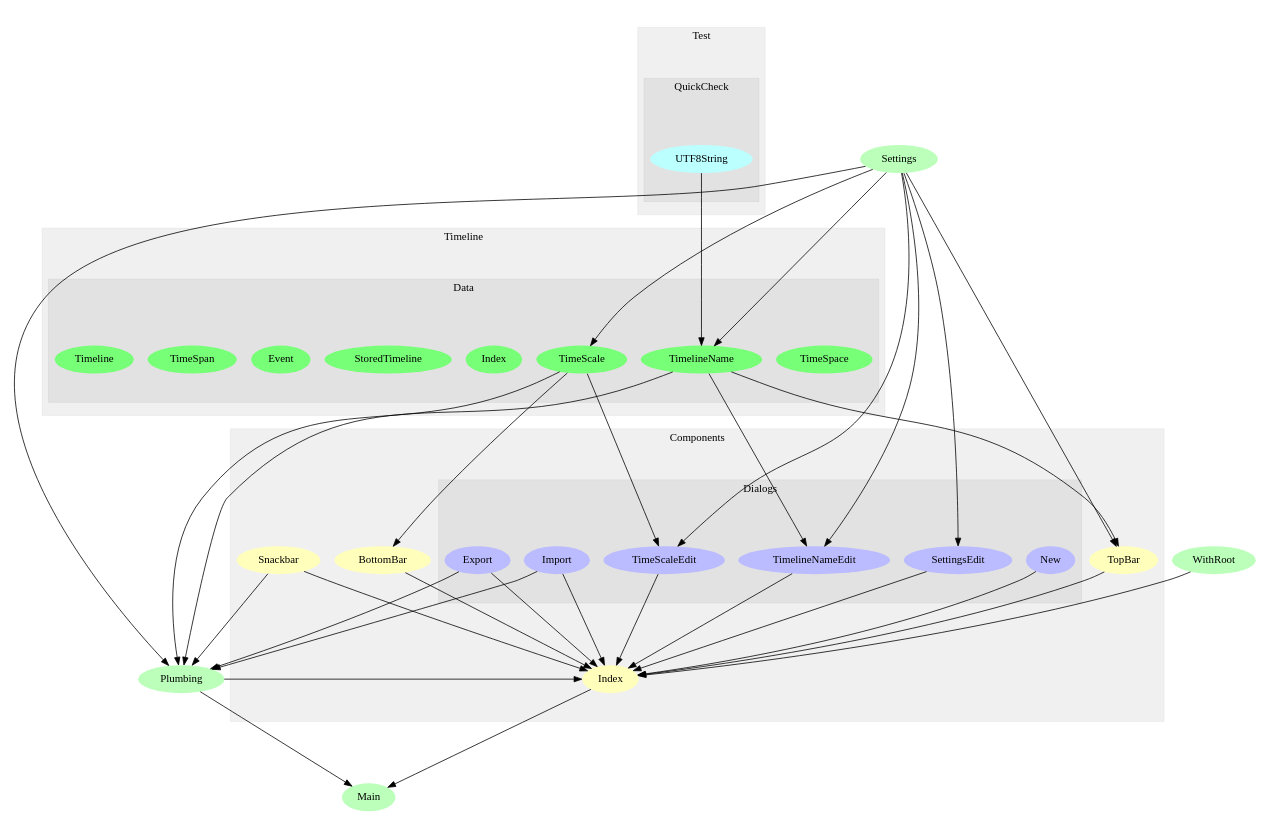
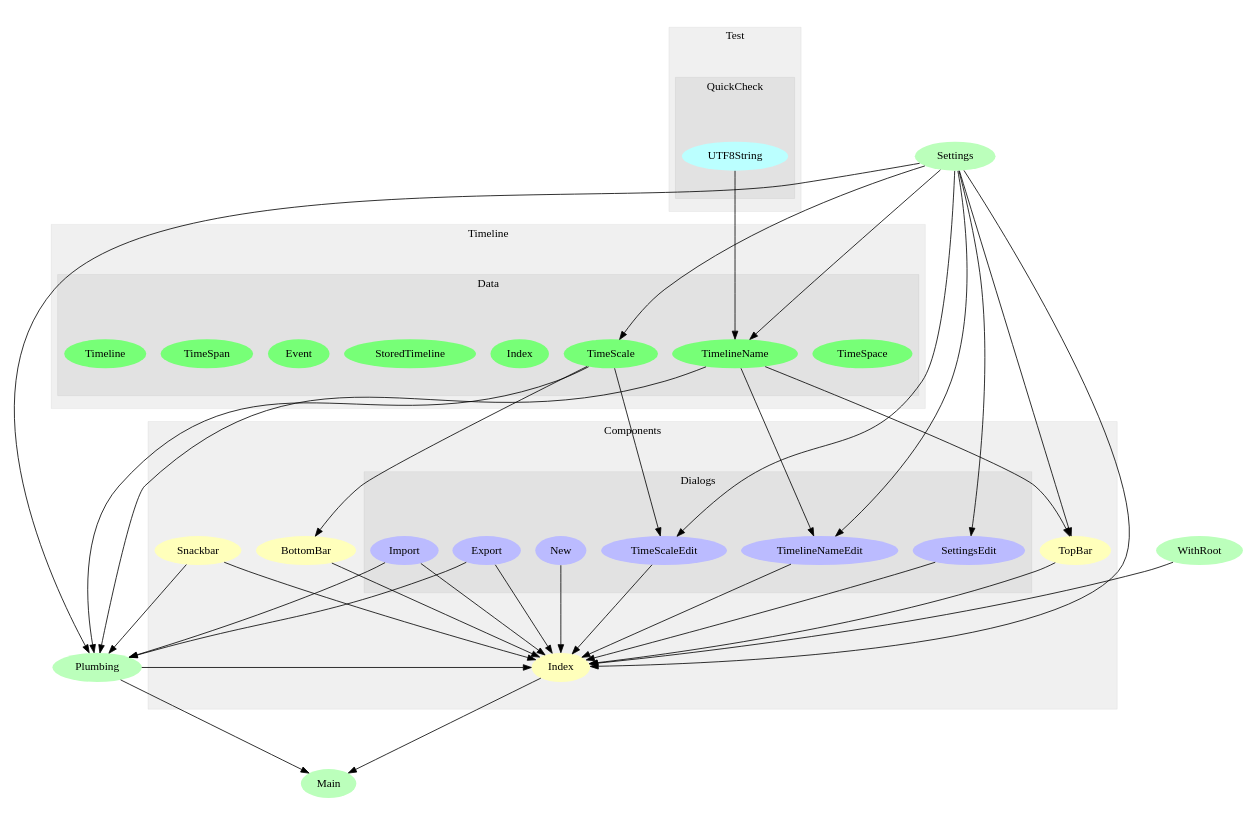
The diagram in modules.dot (openchronology/openchronology.github.io), drawn with Graphviz before and after one commit. The commit also changed 7 other files, not shown here.

```diff
--- a/modules.dot
+++ b/modules.dot
@@ -1,94 +1,95 @@
 digraph Modules {
 size="12,8";
 ratio="fill";
 u10[label="Settings",style="filled",fillcolor="#bbffbb",penwidth="0"];
 u11[label="Plumbing",style="filled",fillcolor="#bbffbb",penwidth="0"];
 u13[label="Main",style="filled",fillcolor="#bbffbb",penwidth="0"];
 u22[label="WithRoot",style="filled",fillcolor="#bbffbb",penwidth="0"];
 subgraph cluster_0 {
 label="Components";
 color="#0000000F";
 style="filled";
 u0[label="BottomBar",style="filled",fillcolor="#ffffbb",penwidth="0"];
 u7[label="TopBar",style="filled",fillcolor="#ffffbb",penwidth="0"];
 u8[label="Index",style="filled",fillcolor="#ffffbb",penwidth="0"];
 u9[label="Snackbar",style="filled",fillcolor="#ffffbb",penwidth="0"];
 subgraph cluster_1 {
 label="Dialogs";
 color="#0000000F";
 style="filled";
 u1[label="Import",style="filled",fillcolor="#bbbbff",penwidth="0"];
 u2[label="SettingsEdit",style="filled",fillcolor="#bbbbff",penwidth="0"];
 u3[label="TimelineNameEdit",style="filled",fillcolor="#bbbbff",penwidth="0"];
 u4[label="TimeScaleEdit",style="filled",fillcolor="#bbbbff",penwidth="0"];
 u5[label="Export",style="filled",fillcolor="#bbbbff",penwidth="0"];
 u6[label="New",style="filled",fillcolor="#bbbbff",penwidth="0"];
 
 }
 
 }
 subgraph cluster_2 {
 label="Test";
 color="#0000000F";
 style="filled";
 subgraph cluster_3 {
 label="QuickCheck";
 color="#0000000F";
 style="filled";
 u12[label="UTF8String",style="filled",fillcolor="#bbffff",penwidth="0"];
 
 }
 
 }
 subgraph cluster_4 {
 label="Timeline";
 color="#0000000F";
 style="filled";
 subgraph cluster_5 {
 label="Data";
 color="#0000000F";
 style="filled";
 u14[label="TimeSpace",style="filled",fillcolor="#77ff77",penwidth="0"];
 u15[label="TimeScale",style="filled",fillcolor="#77ff77",penwidth="0"];
 u16[label="TimelineName",style="filled",fillcolor="#77ff77",penwidth="0"];
 u17[label="Index",style="filled",fillcolor="#77ff77",penwidth="0"];
 u18[label="StoredTimeline",style="filled",fillcolor="#77ff77",penwidth="0"];
 u19[label="Event",style="filled",fillcolor="#77ff77",penwidth="0"];
 u20[label="TimeSpan",style="filled",fillcolor="#77ff77",penwidth="0"];
 u21[label="Timeline",style="filled",fillcolor="#77ff77",penwidth="0"];
 
 }
 
 }
 u15 -> u0;
 u10 -> u2;
 u10 -> u3;
 u16 -> u3;
 u10 -> u4;
 u15 -> u4;
 u10 -> u7;
 u16 -> u7;
 u0 -> u8;
 u1 -> u8;
 u2 -> u8;
 u3 -> u8;
 u4 -> u8;
 u5 -> u8;
 u6 -> u8;
 u7 -> u8;
 u9 -> u8;
+u10 -> u8;
 u11 -> u8;
 u22 -> u8;
 u1 -> u11;
 u5 -> u11;
 u9 -> u11;
 u10 -> u11;
 u15 -> u11;
 u16 -> u11;
 u8 -> u13;
 u11 -> u13;
 u10 -> u15;
 u10 -> u16;
 u12 -> u16;
 
 }
```
